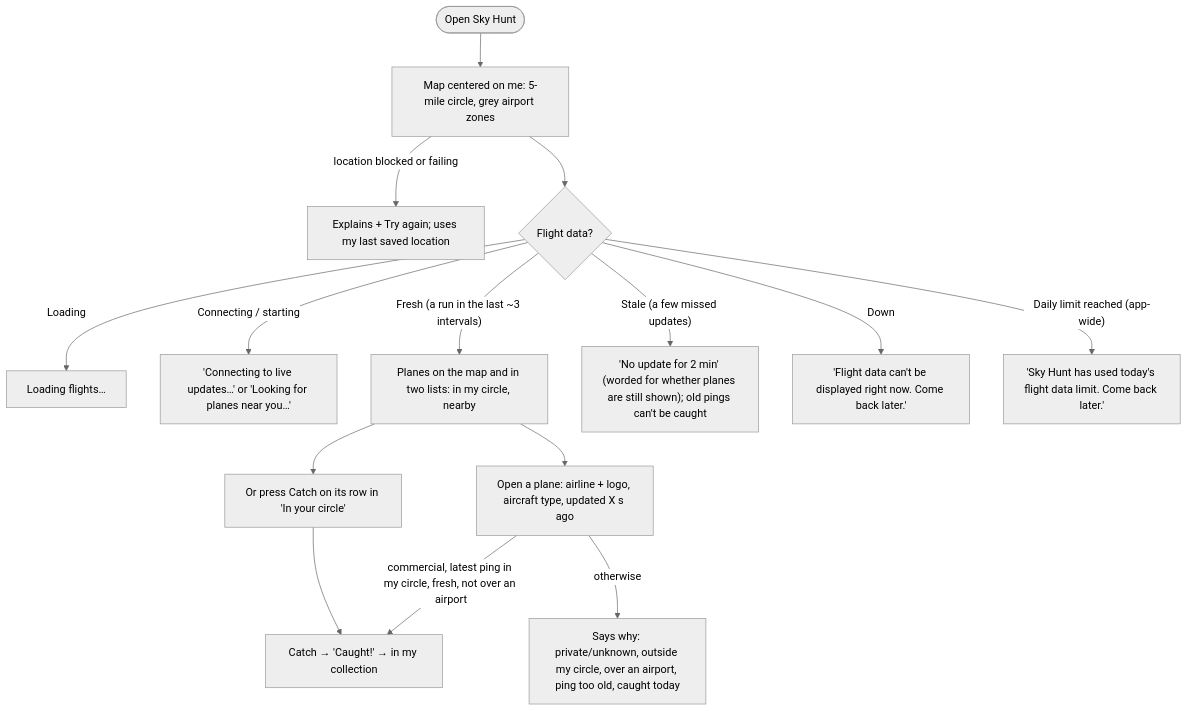
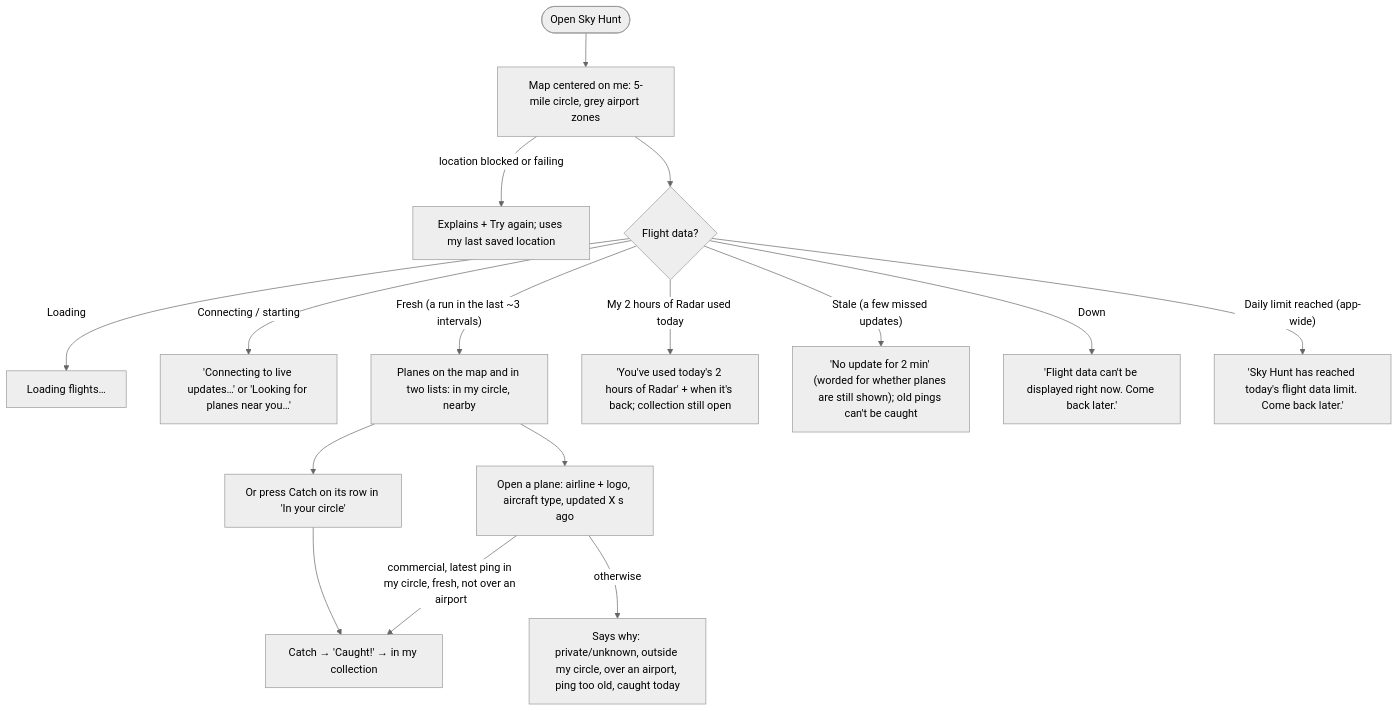
One commit to neilpandya01/hw5-dbs changed the second of 2 diagrams in flows.md. Above: the diagram before and after it, drawn with Mermaid (neutral theme). The commit also changed other lines of this file and 6 other files, not shown here.

First line of the commit message:
Docs: match the architecture and data flow as built

````diff
--- a/flows.md
+++ b/flows.md
@@ -39,17 +39,18 @@
 ```mermaid
 flowchart TD
   A([Open Sky Hunt]) --> R["Map centered on me: 5-mile circle, grey airport zones"]
   R -->|location blocked or failing| P["Explains + Try again; uses my last saved location"]
   R --> F{Flight data?}
   F -- "Loading" --> L["Loading flights…"]
   F -- "Connecting / starting" --> K["'Connecting to live updates…' or 'Looking for planes near you…'"]
   F -- "Fresh (a run in the last ~3 intervals)" --> M["Planes on the map and in two lists: in my circle, nearby"]
+  F -- "My 2 hours of Radar used today" --> T["'You've used today's 2 hours of Radar' + when it's back; collection still open"]
   F -- "Stale (a few missed updates)" --> S["'No update for 2 min' (worded for whether planes are still shown); old pings can't be caught"]
   F -- "Down" --> D["'Flight data can't be displayed right now. Come back later.'"]
-  F -- "Daily limit reached (app-wide)" --> X["'Sky Hunt has used today's flight data limit. Come back later.'"]
+  F -- "Daily limit reached (app-wide)" --> X["'Sky Hunt has reached today's flight data limit. Come back later.'"]
   M --> O["Open a plane: airline + logo, aircraft type, updated X s ago"]
   M --> Q["Or press Catch on its row in 'In your circle'"]
   Q --> C
   O -->|commercial, latest ping in my circle, fresh, not over an airport| C["Catch → 'Caught!' → in my collection"]
   O -->|otherwise| W["Says why: private/unknown, outside my circle, over an airport, ping too old, caught today"]
 ```
````
